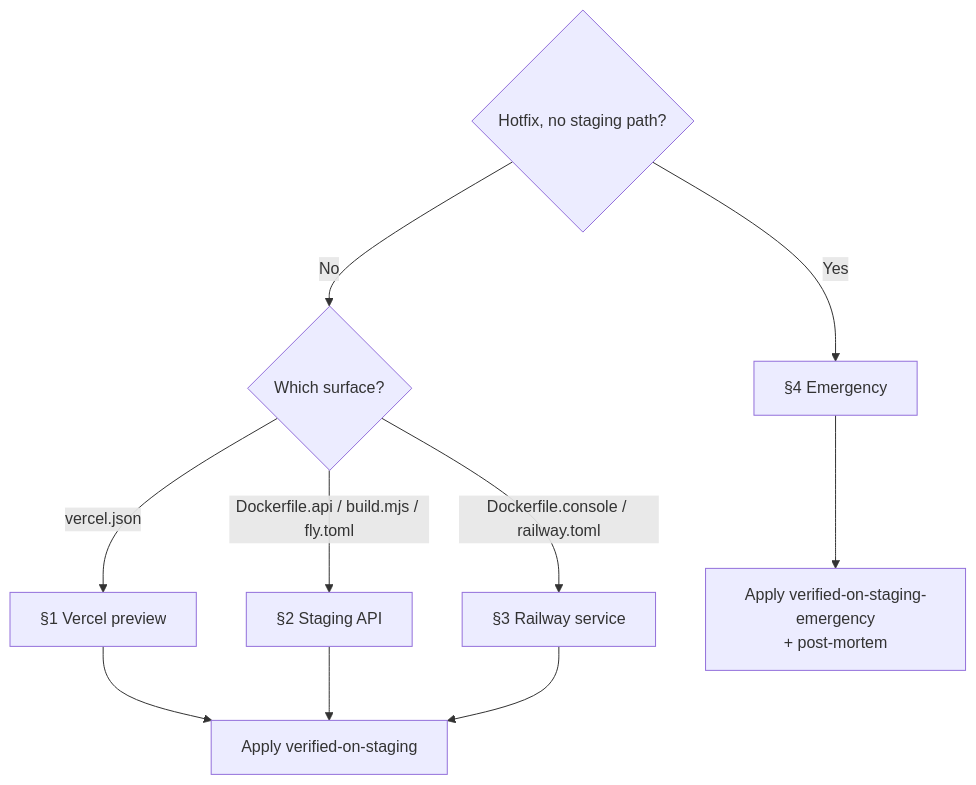
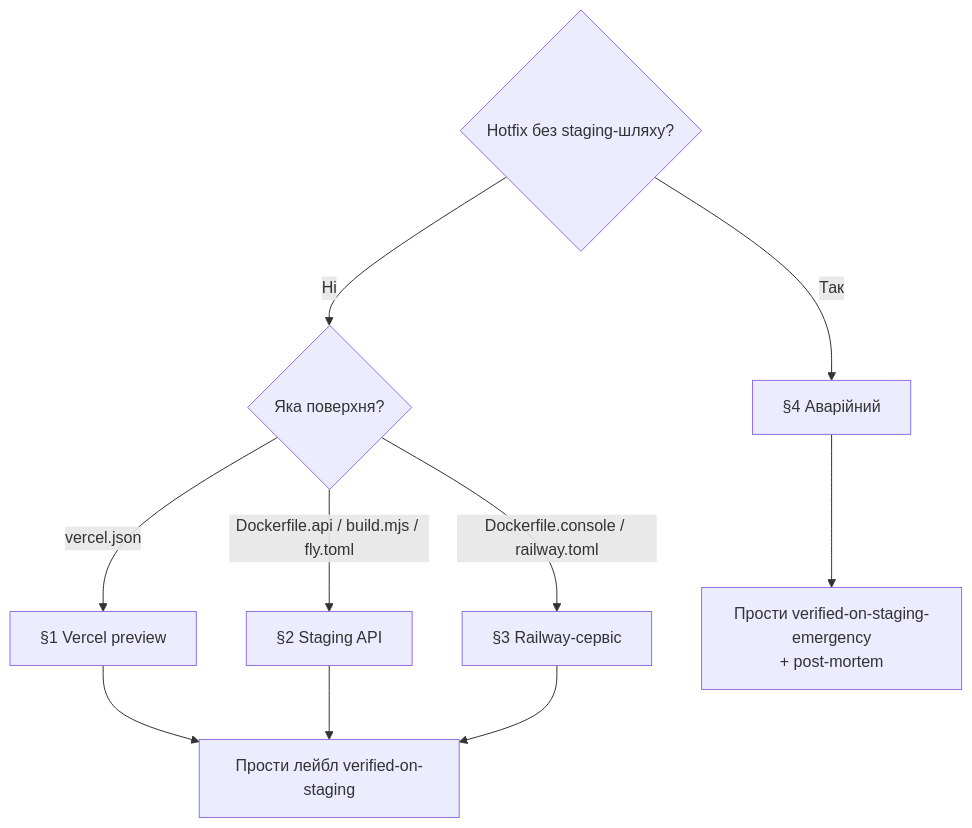
Before and after one commit to SkOrDs-02/sergeant: the diagram in docs/playbooks/deploy-config-change.md, drawn with Mermaid. The commit also changed other lines of this file and 1 other file, not shown here.

````diff
--- a/docs/playbooks/deploy-config-change.md
+++ b/docs/playbooks/deploy-config-change.md
@@ -39,15 +39,15 @@
 ```mermaid
 flowchart TD
-    Q1{"Hotfix, no staging path?"}
-    Q1 -- "No" --> Q2{"Which surface?"}
-    Q1 -- "Yes" --> EMERG["§4 Emergency"]
+    Q1{"Hotfix без staging-шляху?"}
+    Q1 -- "Ні" --> Q2{"Яка поверхня?"}
+    Q1 -- "Так" --> EMERG["§4 Аварійний"]
 
     Q2 -- "vercel.json" --> WEB["§1 Vercel preview"]
     Q2 -- "Dockerfile.api / build.mjs / fly.toml" --> API["§2 Staging API"]
-    Q2 -- "Dockerfile.console / railway.toml" --> RAILWAY["§3 Railway service"]
+    Q2 -- "Dockerfile.console / railway.toml" --> RAILWAY["§3 Railway-сервіс"]
 
-    WEB --> LABEL["Apply verified-on-staging"]
+    WEB --> LABEL["Прости лейбл verified-on-staging"]
     API --> LABEL
     RAILWAY --> LABEL
-    EMERG --> LABEL_E["Apply verified-on-staging-emergency<br/>+ post-mortem"]
+    EMERG --> LABEL_E["Прости verified-on-staging-emergency<br/>+ post-mortem"]
 ```
````
